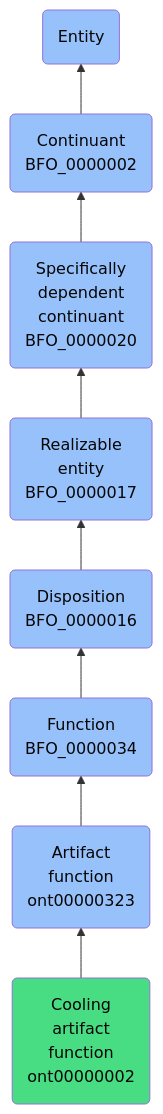
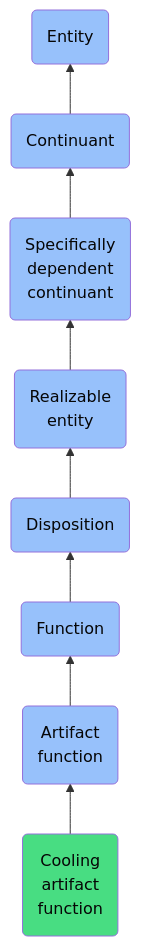
One commit to jupyter-naas/abi changed the diagram in docs/ontology/reference/model/Entity/Continuant/Specifically dependent continuant/Realizable entity/Disposition/Function/Artifact function/Cooling artifact function/Cooling artifact function.md. Above: the diagram before and after it, drawn with Mermaid. The commit also changed other lines of this file and 1430 other files, not shown here.

````diff
--- a/docs/ontology/reference/model/Entity/Continuant/Specifically dependent continuant/Realizable entity/Disposition/Function/Artifact function/Cooling artifact function/Cooling artifact function.md
+++ b/docs/ontology/reference/model/Entity/Continuant/Specifically dependent continuant/Realizable entity/Disposition/Function/Artifact function/Cooling artifact function/Cooling artifact function.md
@@ -24,15 +24,15 @@
 ```mermaid
 graph BT
-    ont00000002(Cooling<br>artifact<br>function<br>ont00000002):::ABI-->ont00000323
-    ont00000323(Artifact<br>function<br>ont00000323):::BFO-->BFO_0000034
-    BFO_0000034(Function<br>BFO_0000034):::BFO-->BFO_0000016
-    BFO_0000016(Disposition<br>BFO_0000016):::BFO-->BFO_0000017
-    BFO_0000017(Realizable<br>entity<br>BFO_0000017):::BFO-->BFO_0000020
-    BFO_0000020(Specifically<br>dependent<br>continuant<br>BFO_0000020):::BFO-->BFO_0000002
-    BFO_0000002(Continuant<br>BFO_0000002):::BFO-->BFO_0000001
+    ont00000002(Cooling<br>artifact<br>function):::ABI-->ont00000323
+    ont00000323(Artifact<br>function):::BFO-->BFO_0000034
+    BFO_0000034(Function):::BFO-->BFO_0000016
+    BFO_0000016(Disposition):::BFO-->BFO_0000017
+    BFO_0000017(Realizable<br>entity):::BFO-->BFO_0000020
+    BFO_0000020(Specifically<br>dependent<br>continuant):::BFO-->BFO_0000002
+    BFO_0000002(Continuant):::BFO-->BFO_0000001
     BFO_0000001(Entity):::BFO
     
     classDef BFO fill:#97c1fb,color:#060606
     classDef CCO fill:#e4c51e,color:#060606
     classDef ABI fill:#48DD82,color:#060606
 ```
````
